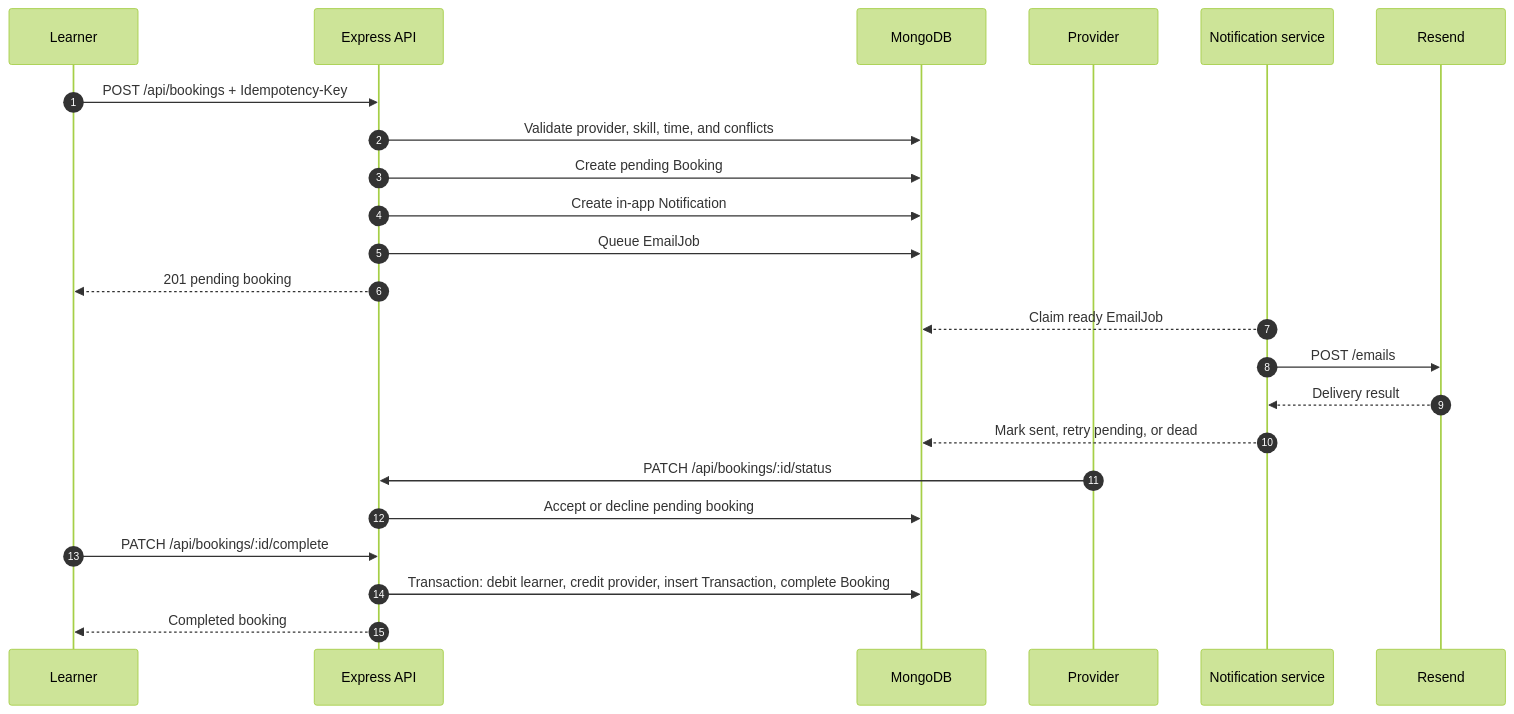
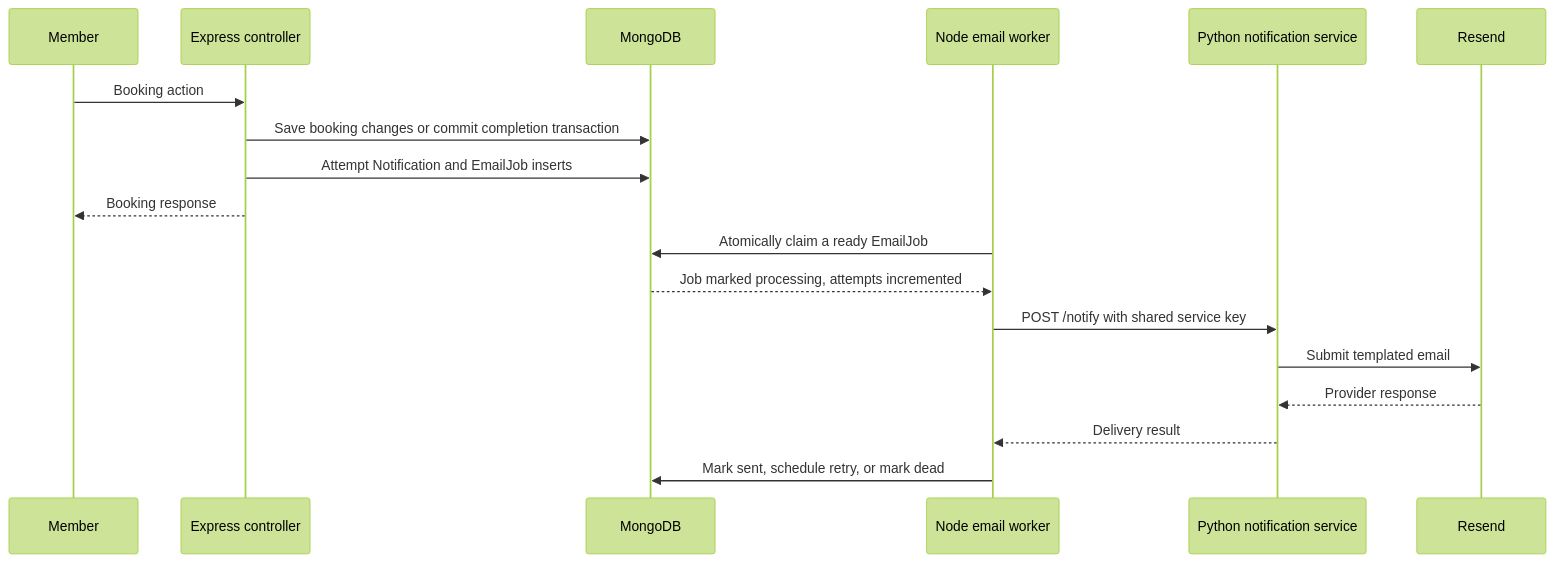
Before and after one commit to eeemrann/skillswap: the third of 4 diagrams in README.md, drawn with Mermaid (forest theme). The commit also changed other lines of this file and 1 other file, not shown here.

````diff
--- a/README.md
+++ b/README.md
@@ -104,26 +125,21 @@
 ```mermaid
 sequenceDiagram
-    autonumber
-    participant L as Learner
-    participant API as Express API
-    participant DB as MongoDB
-    participant P as Provider
-    participant N as Notification service
-    participant R as Resend
+    participant member as Member
+    participant api as Express controller
+    participant db as MongoDB
+    participant worker as Node email worker
+    participant notify as Python notification service
+    participant resend as Resend
 
-    L->>API: POST /api/bookings + Idempotency-Key
-    API->>DB: Validate provider, skill, time, and conflicts
-    API->>DB: Create pending Booking
-    API->>DB: Create in-app Notification
-    API->>DB: Queue EmailJob
-    API-->>L: 201 pending booking
-    N-->>DB: Claim ready EmailJob
-    N->>R: POST /emails
-    R-->>N: Delivery result
-    N-->>DB: Mark sent, retry pending, or dead
-    P->>API: PATCH /api/bookings/:id/status
-    API->>DB: Accept or decline pending booking
-    L->>API: PATCH /api/bookings/:id/complete
-    API->>DB: Transaction: debit learner, credit provider, insert Transaction, complete Booking
-    API-->>L: Completed booking
+    member->>api: Booking action
+    api->>db: Save booking changes or commit completion transaction
+    api->>db: Attempt Notification and EmailJob inserts
+    api-->>member: Booking response
+    worker->>db: Atomically claim a ready EmailJob
+    db-->>worker: Job marked processing, attempts incremented
+    worker->>notify: POST /notify with shared service key
+    notify->>resend: Submit templated email
+    resend-->>notify: Provider response
+    notify-->>worker: Delivery result
+    worker->>db: Mark sent, schedule retry, or mark dead
 ```
````
